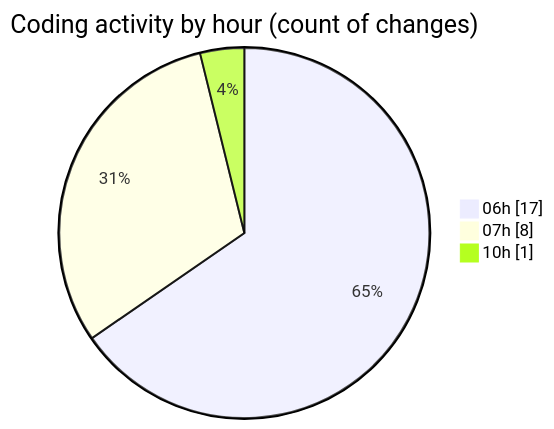
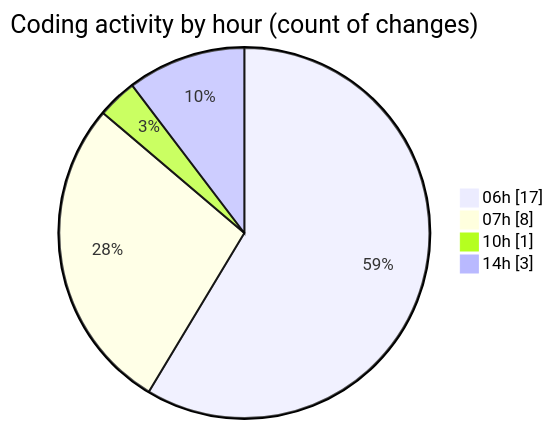
The second of 2 diagrams in 2025-02-25/mbc-web/README.md (robertbonfada/code-tracking), drawn with Mermaid before and after one commit. The commit also changed other lines of this file and 1 other file, not shown here.

````diff
--- a/2025-02-25/mbc-web/README.md
+++ b/2025-02-25/mbc-web/README.md
@@ -33,7 +35,8 @@
 ```mermaid
 pie showData
 title Coding activity by hour (count of changes)
 "06h" : 17
 "07h" : 8
 "10h" : 1
+"14h" : 3
 ```
````
